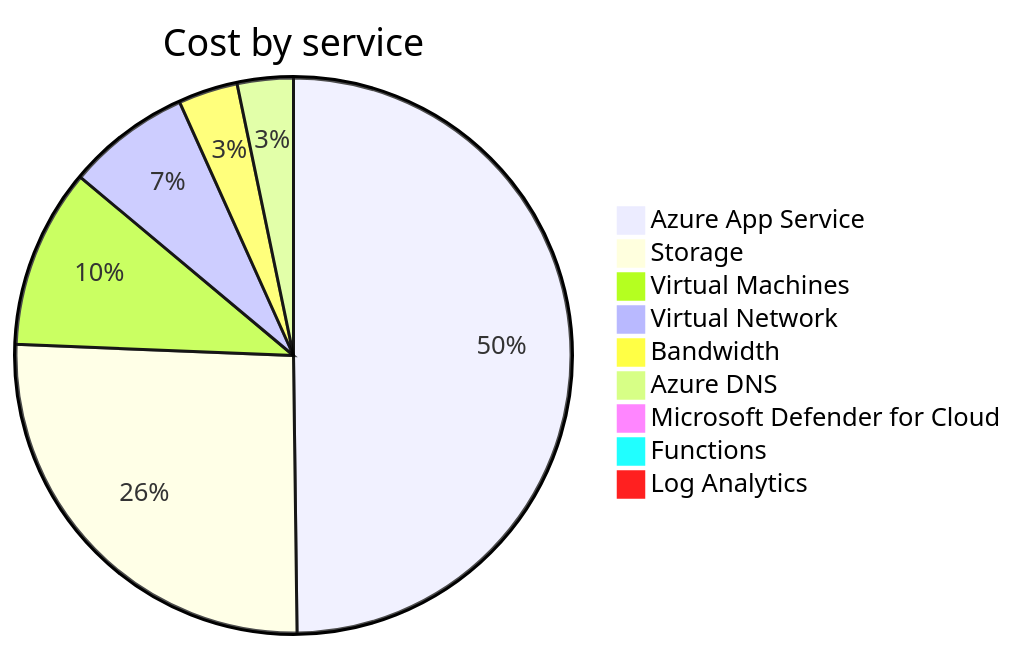
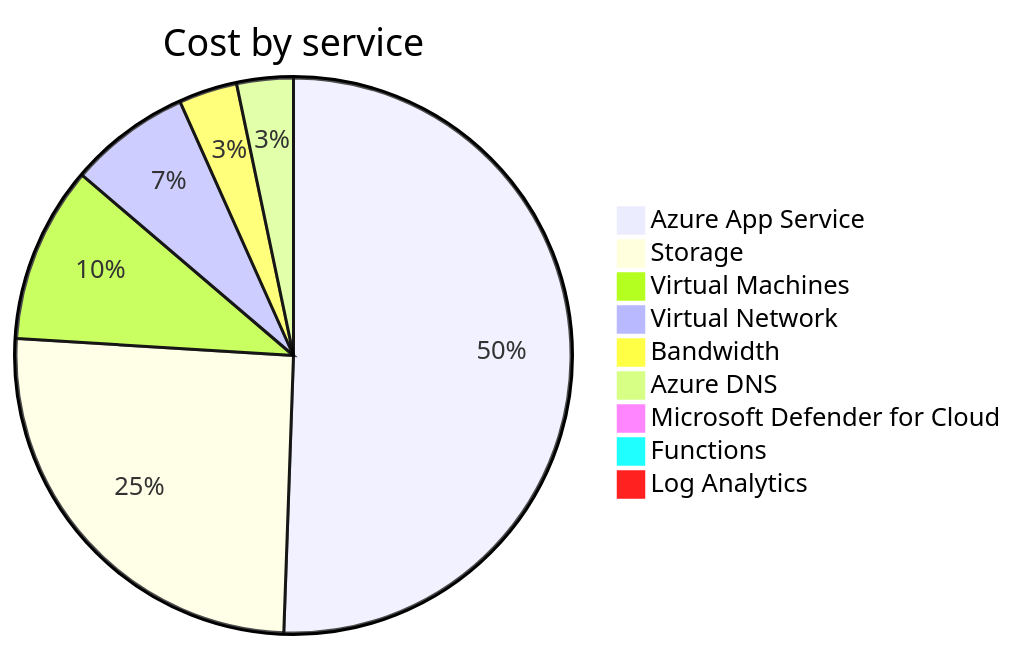
The second of 4 diagrams in cost-reports/accumulated-cost.md (jpfulton/azure-personal-reports), drawn with Mermaid before and after one commit. The commit also changed other lines of this file and 4 other files, not shown here.

````diff
--- a/cost-reports/accumulated-cost.md
+++ b/cost-reports/accumulated-cost.md
@@ -103,13 +103,13 @@
 ```mermaid
 pie
    title Cost by service
-   "Azure App Service" : 17.11
-   "Storage" : 8.88
+   "Azure App Service" : 17.68
+   "Storage" : 8.89
    "Virtual Machines" : 3.59
    "Virtual Network" : 2.47
    "Bandwidth" : 1.19
-   "Azure DNS" : 1.12
+   "Azure DNS" : 1.15
    "Microsoft Defender for Cloud" : 0.10
    "Functions" : 0.00
    "Log Analytics" : 0.00
 ```
````
